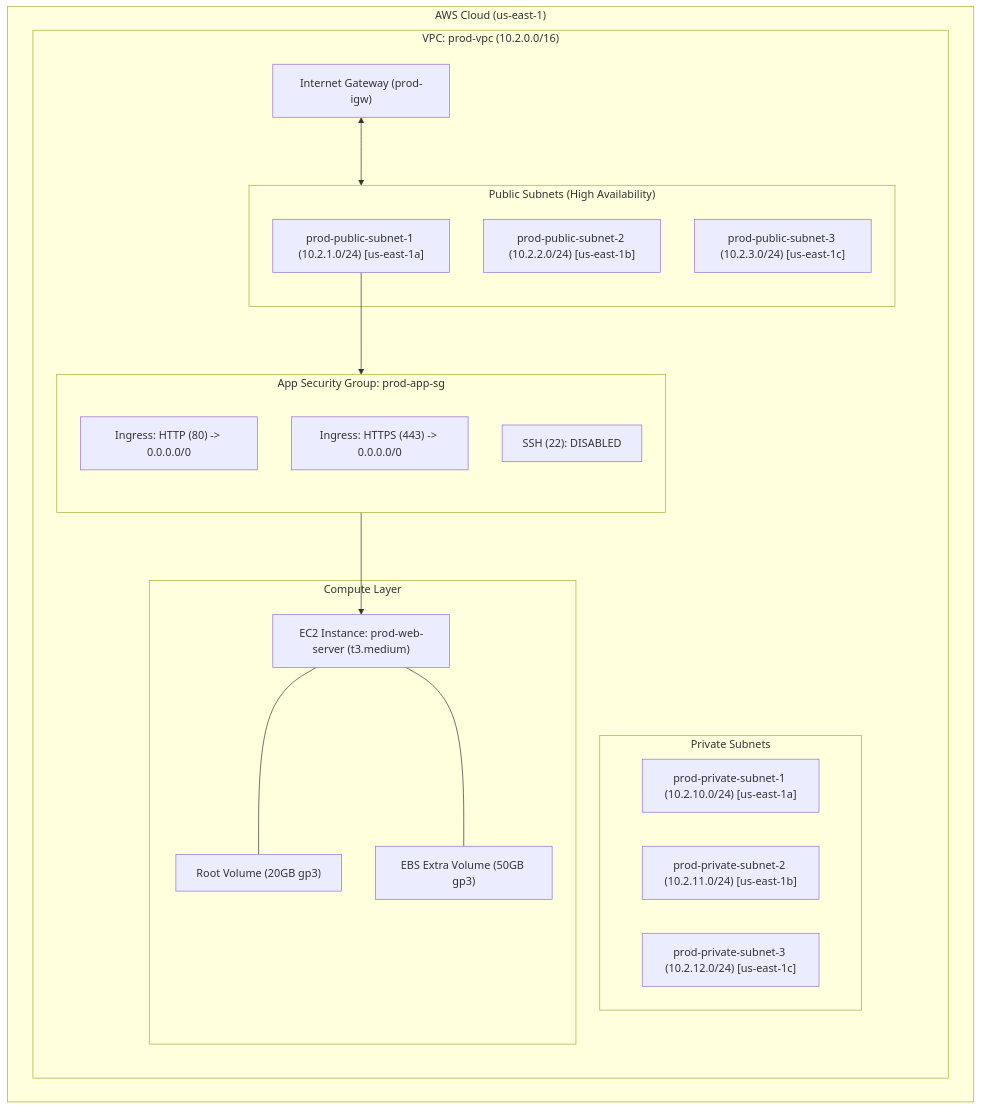
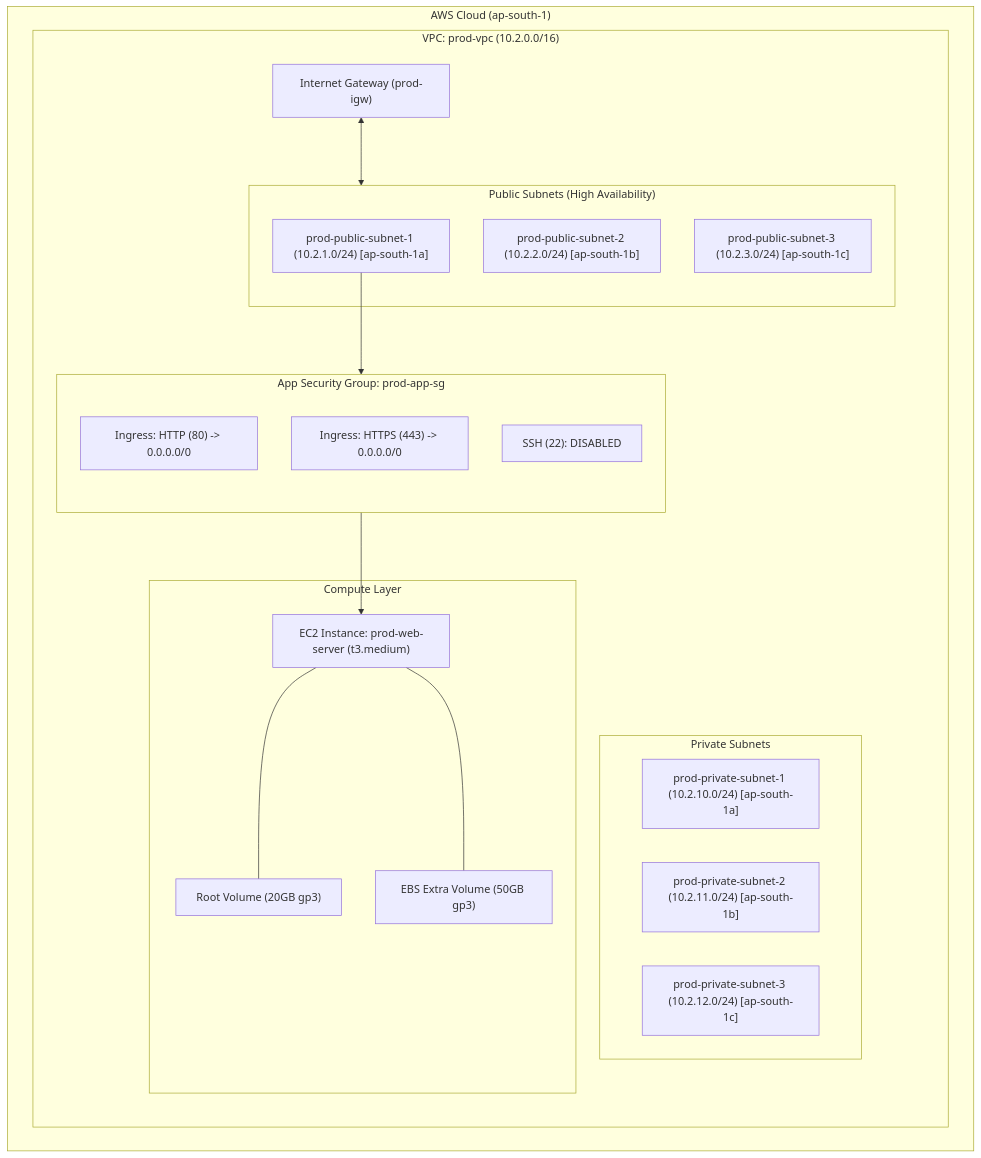
Before and after one commit to Naveen-kumar-78/aws-terraform-project: the diagram in environments/prod/ARCHITECTURE.md, drawn with Mermaid. The commit also changed other lines of this file and 13 other files, not shown here.

````diff
--- a/environments/prod/ARCHITECTURE.md
+++ b/environments/prod/ARCHITECTURE.md
@@ -10,38 +10,38 @@
 ```mermaid
 graph TD
-    subgraph AWS_Cloud ["AWS Cloud (us-east-1)"]
+    subgraph AWS_Cloud ["AWS Cloud (ap-south-1)"]
         subgraph VPC ["VPC: prod-vpc (10.2.0.0/16)"]
             IGW["Internet Gateway (prod-igw)"]
             
             subgraph Public_Subnets ["Public Subnets (High Availability)"]
-                PUB1["prod-public-subnet-1 (10.2.1.0/24) [us-east-1a]"]
-                PUB2["prod-public-subnet-2 (10.2.2.0/24) [us-east-1b]"]
-                PUB3["prod-public-subnet-3 (10.2.3.0/24) [us-east-1c]"]
+                PUB1["prod-public-subnet-1 (10.2.1.0/24) [ap-south-1a]"]
+                PUB2["prod-public-subnet-2 (10.2.2.0/24) [ap-south-1b]"]
+                PUB3["prod-public-subnet-3 (10.2.3.0/24) [ap-south-1c]"]
             end
             
             subgraph Private_Subnets ["Private Subnets"]
-                PRIV1["prod-private-subnet-1 (10.2.10.0/24) [us-east-1a]"]
-                PRIV2["prod-private-subnet-2 (10.2.11.0/24) [us-east-1b]"]
-                PRIV3["prod-private-subnet-3 (10.2.12.0/24) [us-east-1c]"]
+                PRIV1["prod-private-subnet-1 (10.2.10.0/24) [ap-south-1a]"]
+                PRIV2["prod-private-subnet-2 (10.2.11.0/24) [ap-south-1b]"]
+                PRIV3["prod-private-subnet-3 (10.2.12.0/24) [ap-south-1c]"]
             end
             
             subgraph Security_Boundary ["App Security Group: prod-app-sg"]
                 HTTP["Ingress: HTTP (80) -> 0.0.0.0/0"]
                 HTTPS["Ingress: HTTPS (443) -> 0.0.0.0/0"]
                 NO_SSH["SSH (22): DISABLED"]
             end
 
             subgraph Compute ["Compute Layer"]
                 EC2["EC2 Instance: prod-web-server (t3.medium)"]
                 ROOT["Root Volume (20GB gp3)"]
                 DATA["EBS Extra Volume (50GB gp3)"]
             end
         end
     end
 
     IGW <--> Public_Subnets
     PUB1 --> Security_Boundary
     Security_Boundary --> EC2
     EC2 --- ROOT
     EC2 --- DATA
 ```
````
